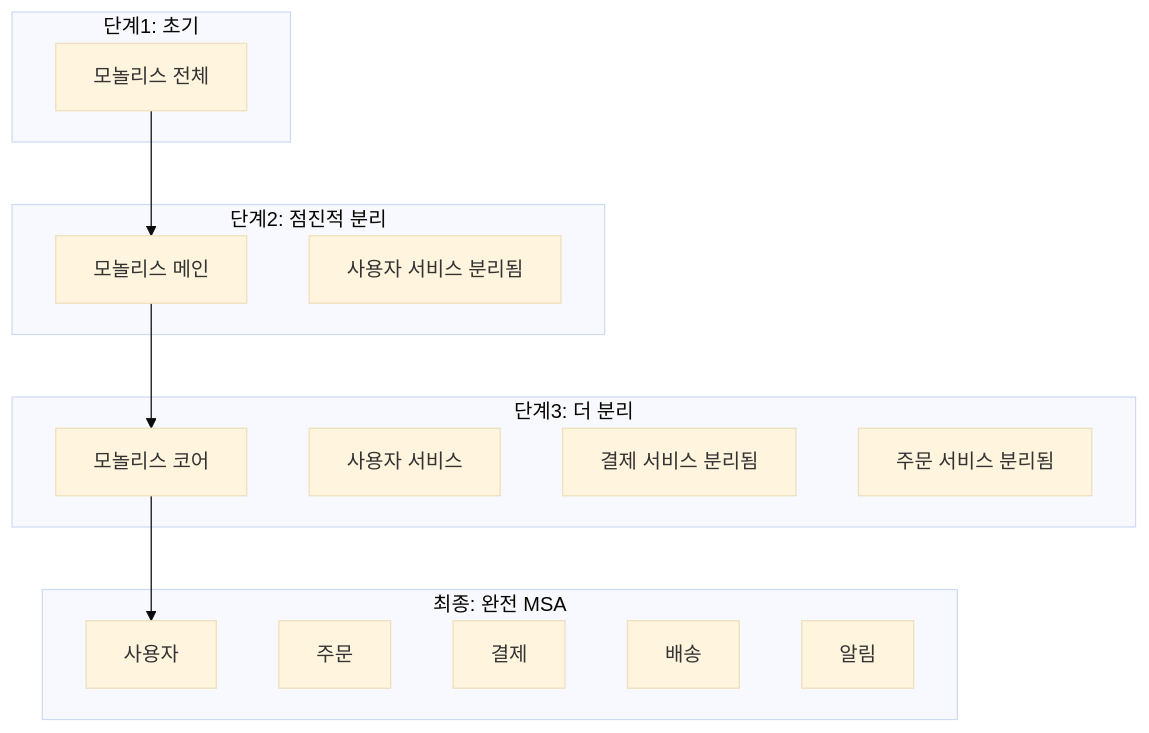
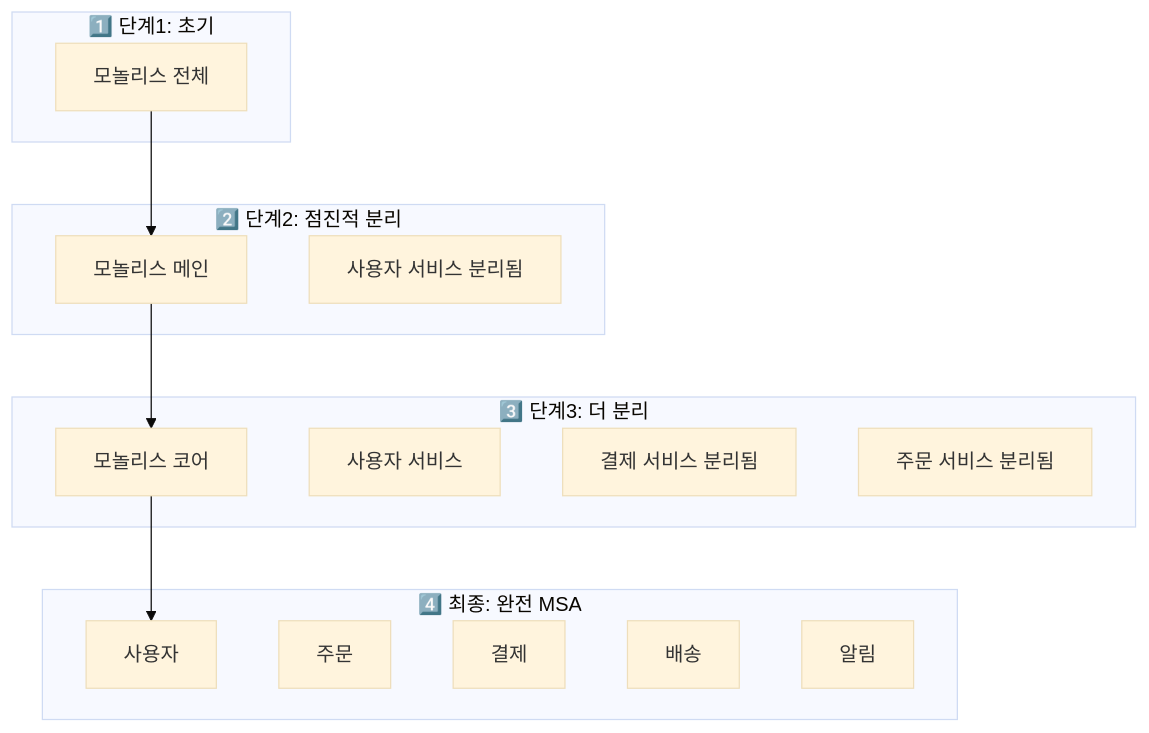
Before and after one commit to yjkim2015/yjkim2015.github.io: the third of 15 diagrams in _posts/architecture/2026-05-02-msa-deep.md, drawn with Mermaid (base theme). The commit also changed other lines of this file and 92 other files, not shown here.

First line of the commit message:
Major quality rewrite: 98 files, Mermaid fix, extreme-scenario component

````diff
--- a/_posts/architecture/2026-05-02-msa-deep.md
+++ b/_posts/architecture/2026-05-02-msa-deep.md
@@ -62,30 +74,30 @@
 ```mermaid
 graph TD
-    subgraph "단계1: 초기"
+    subgraph "1️⃣ 단계1: 초기"
         Mono1["모놀리스 전체"]
     end
 
-    subgraph "단계2: 점진적 분리"
+    subgraph "2️⃣ 단계2: 점진적 분리"
         Mono2["모놀리스 메인"]
         UserSvc["사용자 서비스 분리됨"]
     end
 
-    subgraph "단계3: 더 분리"
+    subgraph "3️⃣ 단계3: 더 분리"
         Mono3["모놀리스 코어"]
         UserSvc2["사용자 서비스"]
         PaySvc["결제 서비스 분리됨"]
         OrderSvc["주문 서비스 분리됨"]
     end
 
-    subgraph "최종: 완전 MSA"
+    subgraph "4️⃣ 최종: 완전 MSA"
         US["사용자"]
         OS["주문"]
         PS["결제"]
         DS["배송"]
         NS["알림"]
     end
 
     Mono1 --> Mono2
     Mono2 --> Mono3
     Mono3 --> US
 ```
````
